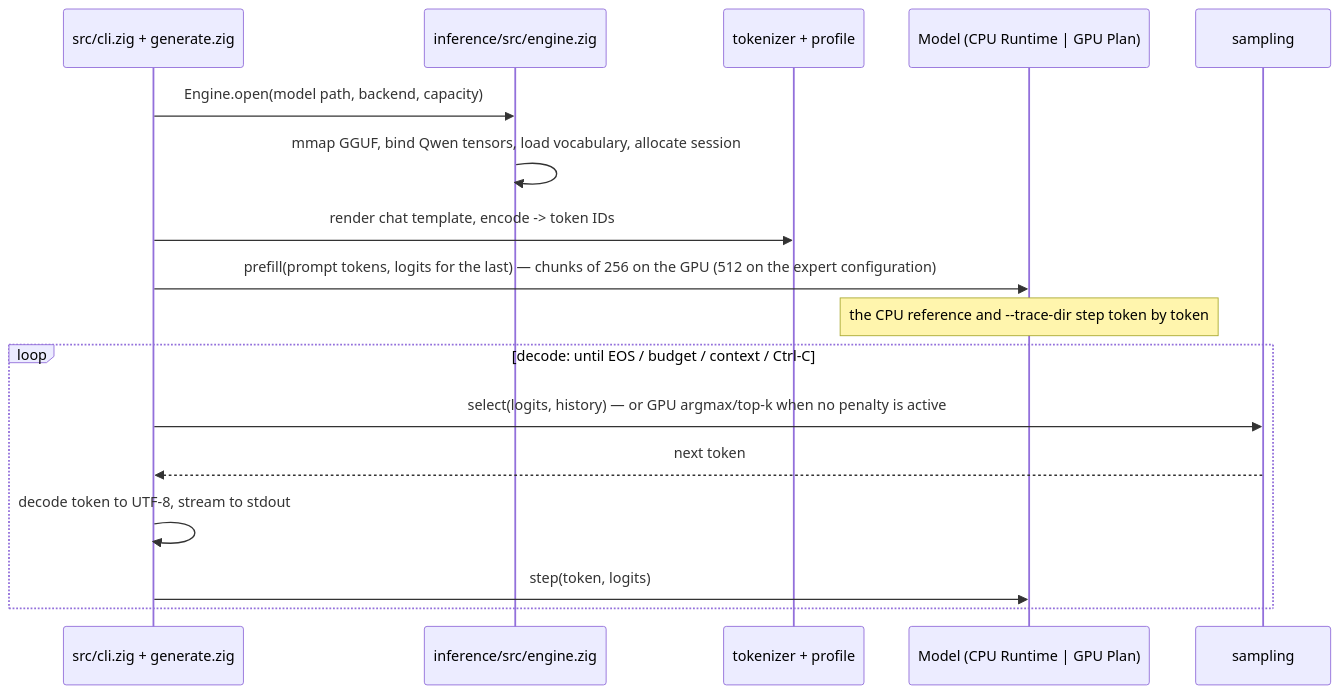
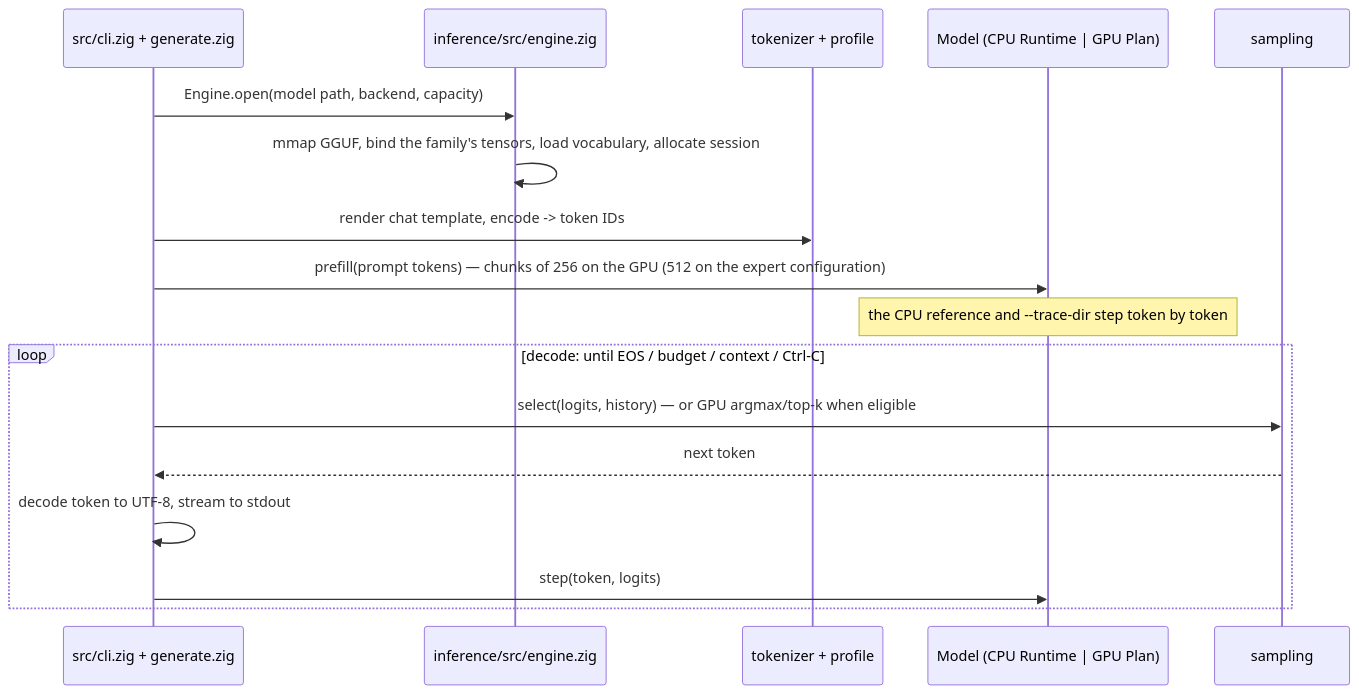
One commit to tildaslashalef/nuclis changed the first of 10 diagrams in docs/architecture.md. Above: the diagram before and after it, drawn with Mermaid. The commit also changed other lines of this file and 1 other file, not shown here.

Commit message:
docs(repo): the architecture guide as a map: tables, bullets, and pointers, no identifiers in prose (REPO-12)

````diff
--- a/docs/architecture.md
+++ b/docs/architecture.md
@@ -30,19 +29,19 @@
 ```mermaid
 sequenceDiagram
     participant CLI as src/cli.zig + generate.zig
     participant Eng as inference/src/engine.zig
     participant Tok as tokenizer + profile
     participant Model as Model (CPU Runtime | GPU Plan)
     participant Samp as sampling
     CLI->>Eng: Engine.open(model path, backend, capacity)
-    Eng->>Eng: mmap GGUF, bind Qwen tensors, load vocabulary, allocate session
+    Eng->>Eng: mmap GGUF, bind the family's tensors, load vocabulary, allocate session
     CLI->>Tok: render chat template, encode -> token IDs
-    CLI->>Model: prefill(prompt tokens, logits for the last) — chunks of 256 on the GPU (512 on the expert configuration)
+    CLI->>Model: prefill(prompt tokens) — chunks of 256 on the GPU (512 on the expert configuration)
     Note over Model: the CPU reference and --trace-dir step token by token
     loop decode: until EOS / budget / context / Ctrl-C
-        CLI->>Samp: select(logits, history) — or GPU argmax/top-k when no penalty is active
+        CLI->>Samp: select(logits, history) — or GPU argmax/top-k when eligible
         Samp-->>CLI: next token
         CLI->>CLI: decode token to UTF-8, stream to stdout
         CLI->>Model: step(token, logits)
     end
 ```
````
